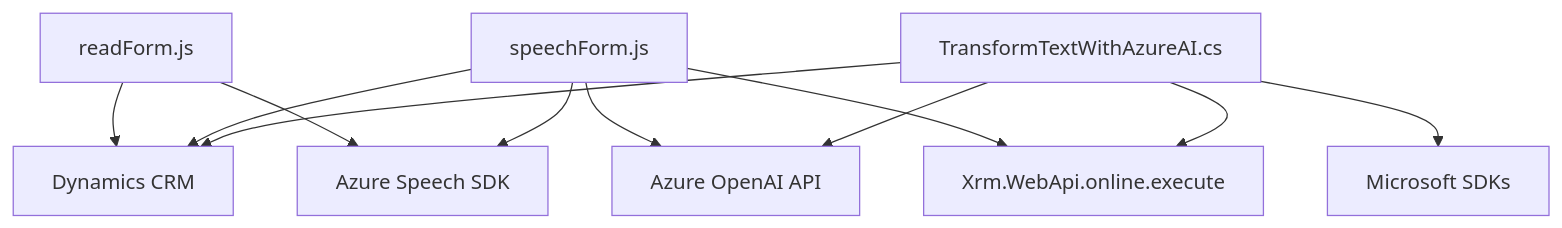
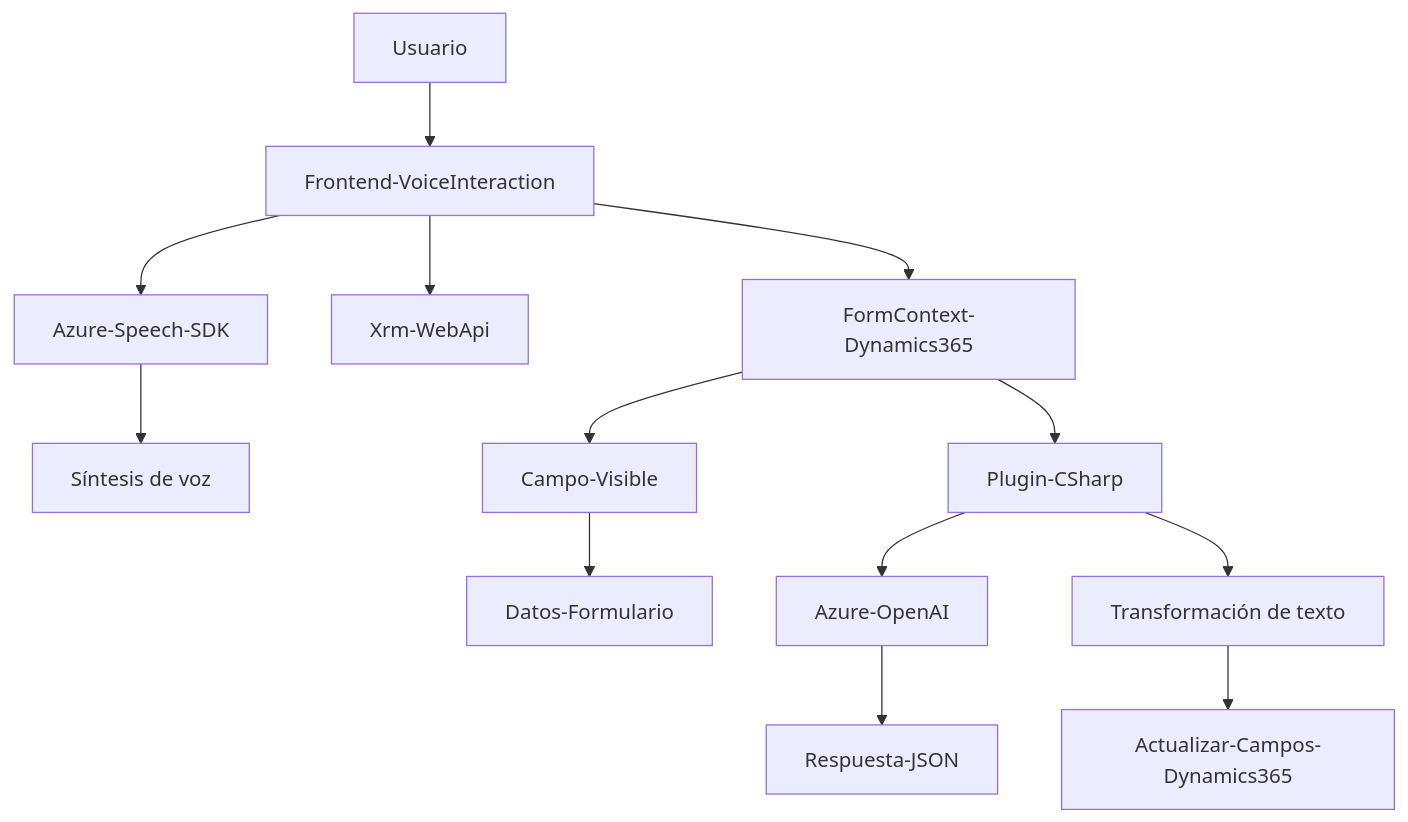
One commit to blopezdm/NETCORE_BILBAO2025 changed the diagram in README.md. Above: the diagram before and after it, drawn with Mermaid. The commit also changed other lines of this file, not shown here.

Commit message:
Actualizar análisis global de la solución con IA

````diff
--- a/README.md
+++ b/README.md
@@ -36,22 +49,18 @@
 ```mermaid
 graph TD
-    A["readForm.js"]
-    B["speechForm.js"]
-    C["TransformTextWithAzureAI.cs"]
-    D["Dynamics CRM"]
-    E["Azure Speech SDK"]
-    F["Azure OpenAI API"]
-    G["Microsoft SDKs"] 
-    H["Xrm.WebApi.online.execute"]
+    A[Usuario] --> B[Frontend-VoiceInteraction]
+    B --> C[Azure-Speech-SDK]
+    C --> D["Síntesis de voz"]
+    B --> E[Xrm-WebApi]
+    B --> F["FormContext-Dynamics365"]
 
-    A --> D
-    A --> E
-    B --> D
-    B --> E
-    B --> F
-    B --> H
-    C --> D
-    C --> F
-    C --> G
-    C --> H
+    F --> G[Campo-Visible]
+    G --> H[Datos-Formulario]
+
+    F --> I[Plugin-CSharp]
+    I --> J[Azure-OpenAI]
+    I --> K[Transformación de texto]
+    J --> L["Respuesta-JSON"]
+
+    K --> M[Actualizar-Campos-Dynamics365]
 ```
````
